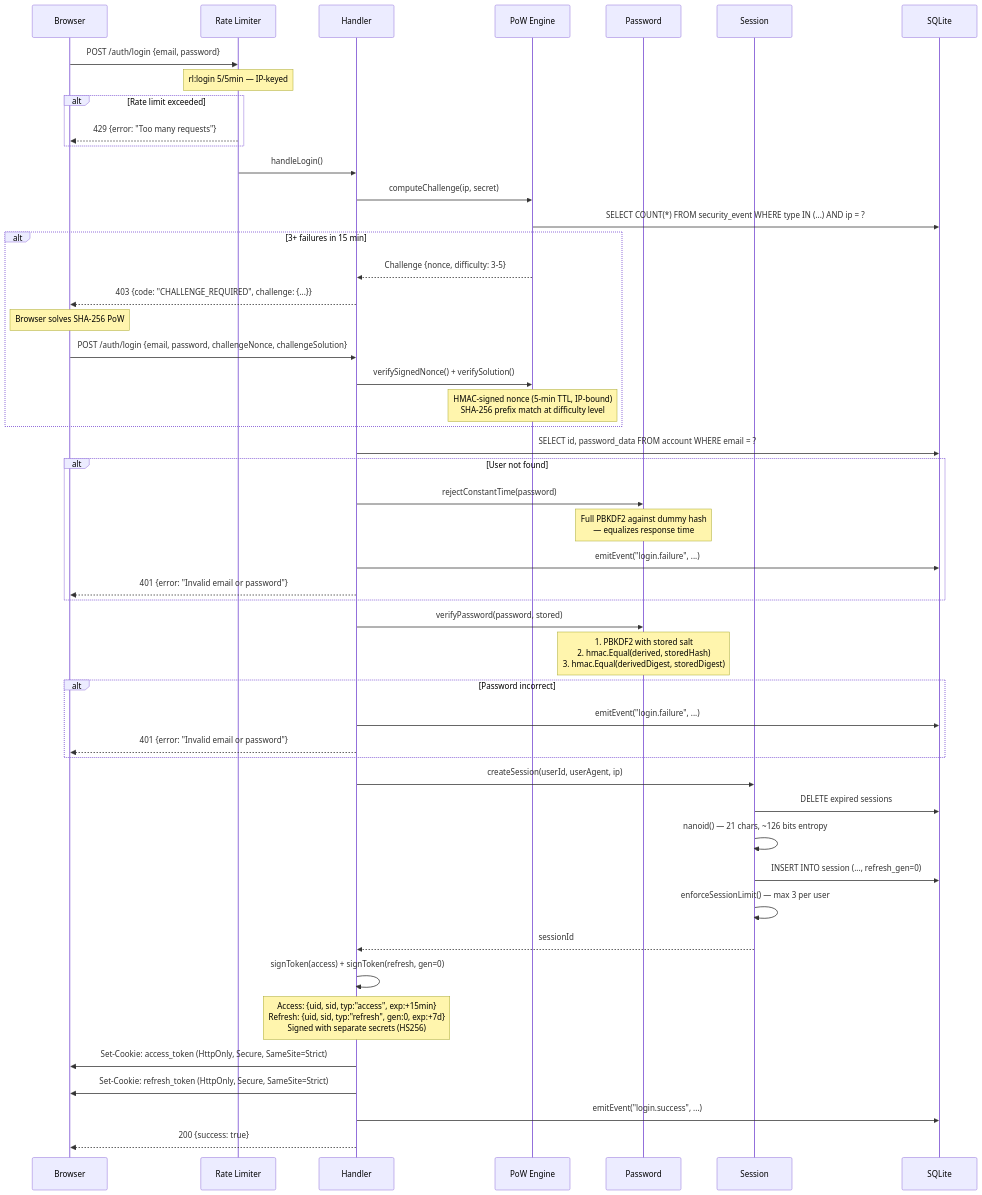
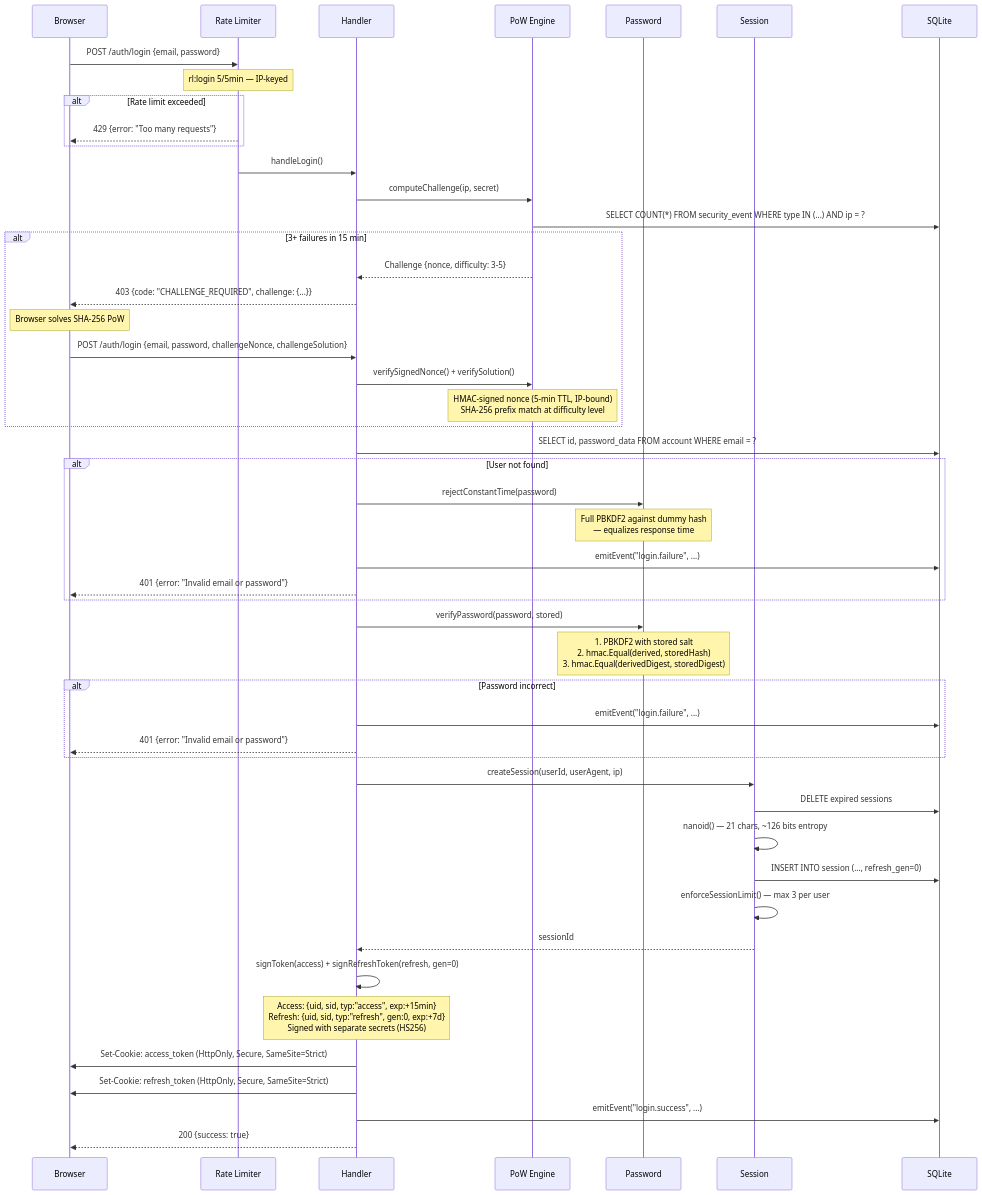
The second of 6 diagrams in docs/flows.md (vhscom/birdcage), drawn with Mermaid before and after one commit. The commit also changed other lines of this file and 9 other files, not shown here.

````diff
--- a/docs/flows.md
+++ b/docs/flows.md
@@ -61,62 +61,62 @@
 ```mermaid
 sequenceDiagram
   participant U as Browser
   participant RL as Rate Limiter
   participant H as Handler
   participant PoW as PoW Engine
   participant PS as Password
   participant SS as Session
   participant DB as SQLite
 
   U->>RL: POST /auth/login {email, password}
   Note over RL: rl:login 5/5min — IP-keyed
 
   alt Rate limit exceeded
     RL-->>U: 429 {error: "Too many requests"}
   end
 
   RL->>H: handleLogin()
   H->>PoW: computeChallenge(ip, secret)
   PoW->>DB: SELECT COUNT(*) FROM security_event WHERE type IN (...) AND ip = ?
 
   alt 3+ failures in 15 min
     PoW-->>H: Challenge {nonce, difficulty: 3-5}
     H-->>U: 403 {code: "CHALLENGE_REQUIRED", challenge: {...}}
     Note over U: Browser solves SHA-256 PoW
     U->>H: POST /auth/login {email, password, challengeNonce, challengeSolution}
     H->>PoW: verifySignedNonce() + verifySolution()
     Note over PoW: HMAC-signed nonce (5-min TTL, IP-bound)<br/>SHA-256 prefix match at difficulty level
   end
 
   H->>DB: SELECT id, password_data FROM account WHERE email = ?
 
   alt User not found
     H->>PS: rejectConstantTime(password)
     Note over PS: Full PBKDF2 against dummy hash<br/>— equalizes response time
     H->>DB: emitEvent("login.failure", ...)
     H-->>U: 401 {error: "Invalid email or password"}
   end
 
   H->>PS: verifyPassword(password, stored)
   Note over PS: 1. PBKDF2 with stored salt<br/>2. hmac.Equal(derived, storedHash)<br/>3. hmac.Equal(derivedDigest, storedDigest)
 
   alt Password incorrect
     H->>DB: emitEvent("login.failure", ...)
     H-->>U: 401 {error: "Invalid email or password"}
   end
 
   H->>SS: createSession(userId, userAgent, ip)
   SS->>DB: DELETE expired sessions
   SS->>SS: nanoid() — 21 chars, ~126 bits entropy
   SS->>DB: INSERT INTO session (..., refresh_gen=0)
   SS->>SS: enforceSessionLimit() — max 3 per user
   SS-->>H: sessionId
 
-  H->>H: signToken(access) + signToken(refresh, gen=0)
+  H->>H: signToken(access) + signRefreshToken(refresh, gen=0)
   Note over H: Access: {uid, sid, typ:"access", exp:+15min}<br/>Refresh: {uid, sid, typ:"refresh", gen:0, exp:+7d}<br/>Signed with separate secrets (HS256)
 
   H->>U: Set-Cookie: access_token (HttpOnly, Secure, SameSite=Strict)
   H->>U: Set-Cookie: refresh_token (HttpOnly, Secure, SameSite=Strict)
   H->>DB: emitEvent("login.success", ...)
   H-->>U: 200 {success: true}
 ```
````
